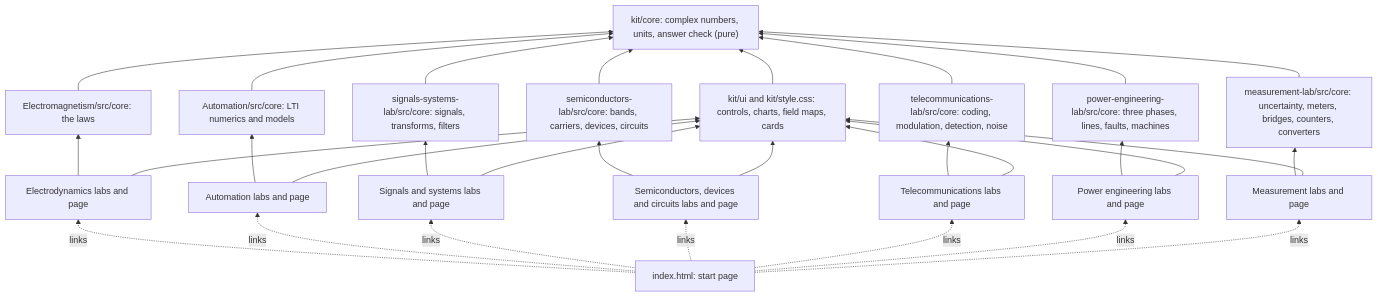
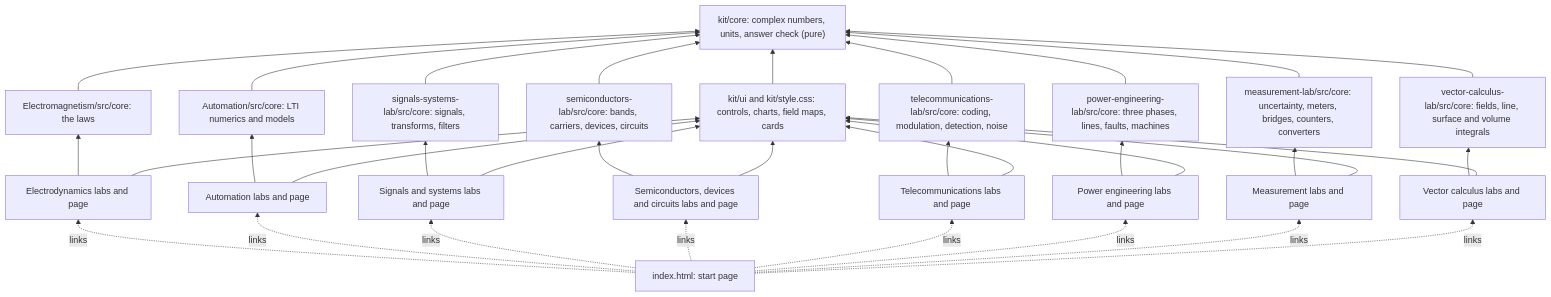
One commit to Abdulhamid-Baghdadi/bachelor-lectures-aid-kit changed the diagram in README.md. Above: the diagram before and after it, drawn with Mermaid. The commit also changed other lines of this file and 34 other files, not shown here.

Commit message:
Vector Calculus Lab: line integrals, Green and Stokes, Gauss, after Fritzsche (2003), Mathematik 3

````diff
--- a/README.md
+++ b/README.md
@@ -48,49 +49,55 @@
 ```mermaid
 flowchart BT
   kc["kit/core: complex numbers, units, answer check (pure)"]
   ku["kit/ui and kit/style.css: controls, charts, field maps, cards"]
   ec["Electromagnetism/src/core: the laws"]
   ac["Automation/src/core: LTI numerics and models"]
   sc["signals-systems-lab/src/core: signals, transforms, filters"]
   hc["semiconductors-lab/src/core: bands, carriers, devices, circuits"]
   tc["telecommunications-lab/src/core: coding, modulation, detection, noise"]
   pc["power-engineering-lab/src/core: three phases, lines, faults, machines"]
   mc["measurement-lab/src/core: uncertainty, meters, bridges, counters, converters"]
+  vc["vector-calculus-lab/src/core: fields, line, surface and volume integrals"]
   el["Electrodynamics labs and page"]
   al["Automation labs and page"]
   sl["Signals and systems labs and page"]
   hl["Semiconductors, devices and circuits labs and page"]
   tl["Telecommunications labs and page"]
   pl["Power engineering labs and page"]
   ml["Measurement labs and page"]
+  vl["Vector calculus labs and page"]
   start["index.html: start page"]
   ku --> kc
   ec --> kc
   ac --> kc
   sc --> kc
   hc --> kc
   el --> ec
   el --> ku
   al --> ac
   al --> ku
   sl --> sc
   sl --> ku
   hl --> hc
   hl --> ku
   tl --> tc
   tl --> ku
   tc --> kc
   pl --> pc
   pl --> ku
   pc --> kc
   ml --> mc
   ml --> ku
   mc --> kc
+  vl --> vc
+  vl --> ku
+  vc --> kc
   start -. links .-> el
   start -. links .-> al
   start -. links .-> sl
   start -. links .-> hl
   start -. links .-> tl
   start -. links .-> pl
   start -. links .-> ml
+  start -. links .-> vl
 ```
````
